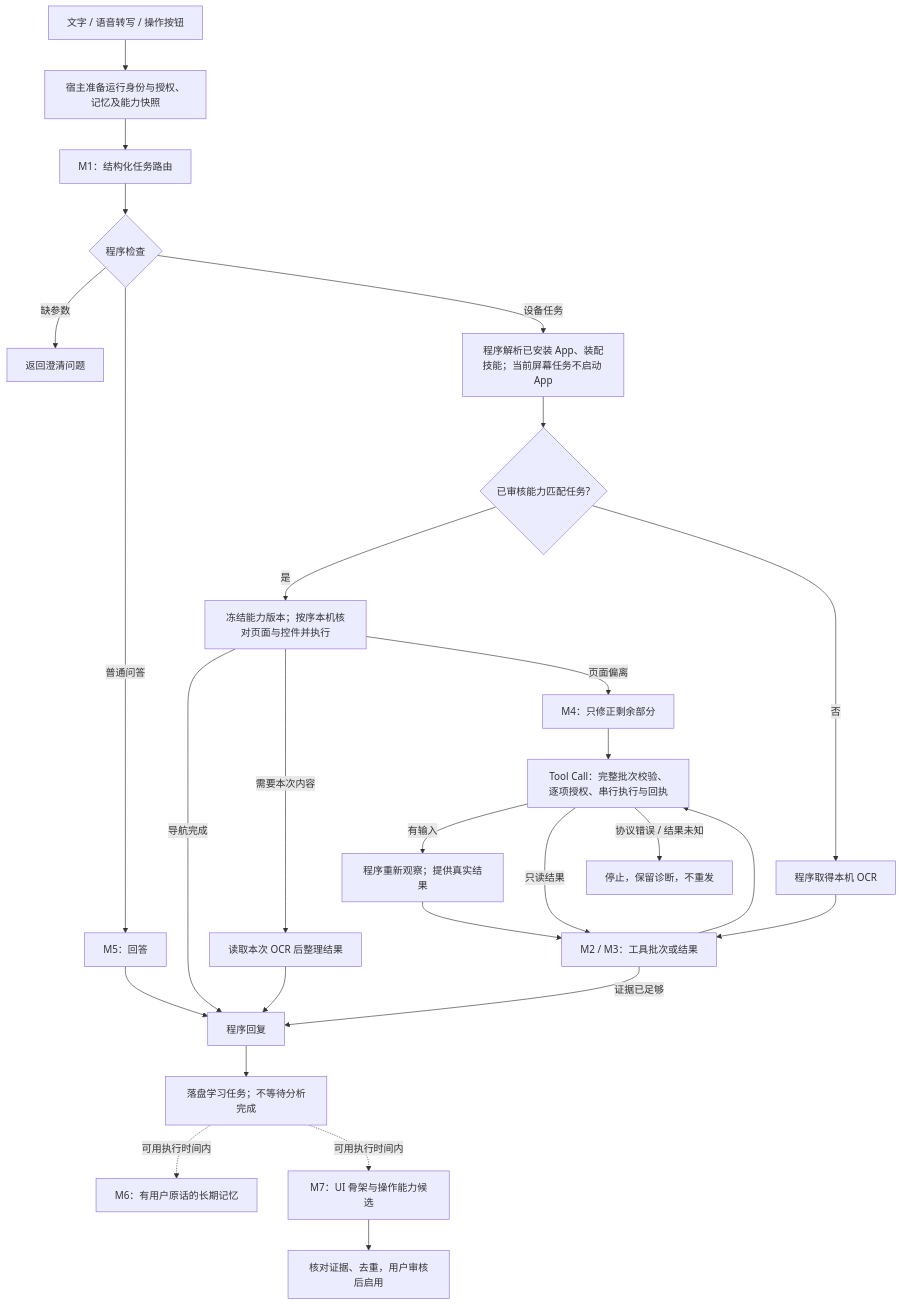
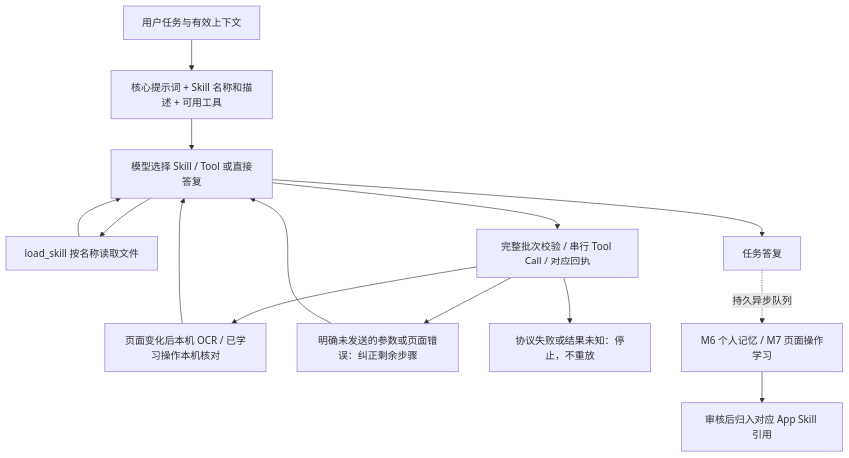
The diagram in docs/Tapito-WORKFLOW-RUNTIME.md (Y175/Tapito), drawn with Mermaid before and after one commit. The commit also changed other lines of this file and 373 other files, not shown here.

````diff
--- a/docs/Tapito-WORKFLOW-RUNTIME.md
+++ b/docs/Tapito-WORKFLOW-RUNTIME.md
@@ -7,29 +9,16 @@
 ```mermaid
 flowchart TD
-    A[文字 / 语音转写 / 操作按钮] --> B[宿主准备运行身份与授权、记忆及能力快照]
-    B --> C[M1：结构化任务路由]
-    C --> Q{程序检查}
-    Q -->|缺参数| CL[返回澄清问题]
-    Q -->|普通问答| M5[M5：回答]
-    Q -->|设备任务| P[程序解析已安装 App、装配技能；当前屏幕任务不启动 App]
-    P --> K{已审核能力匹配任务?}
-    K -->|是| R[冻结能力版本；按序本机核对页面与控件并执行]
-    R -->|导航完成| DONE[程序回复]
-    R -->|需要本次内容| O[读取本次 OCR 后整理结果]
-    R -->|页面偏离| M4[M4：只修正剩余部分]
-    K -->|否| OCR[程序取得本机 OCR]
-    OCR --> M2[M2 / M3：工具批次或结果]
-    M4 --> T
-    M2 --> T[Tool Call：完整批次校验、逐项授权、串行执行与回执]
-    T -->|有输入| V[程序重新观察；提供真实结果]
-    V --> M2
-    T -->|只读结果| M2
-    T -->|协议错误 / 结果未知| STOP[停止，保留诊断，不重发]
-    M2 -->|证据已足够| DONE
-    O --> DONE
-    M5 --> DONE
-    DONE --> J[落盘学习任务；不等待分析完成]
-    J -.可用执行时间内.-> M6[M6：有用户原话的长期记忆]
-    J -.可用执行时间内.-> M7[M7：UI 骨架与操作能力候选]
-    M7 --> REVIEW[核对证据、去重，用户审核后启用]
+ A[用户任务与有效上下文] --> B[核心提示词 + Skill 名称和描述 + 可用工具]
+ B --> M[模型选择 Skill / Tool 或直接答复]
+ M --> L[load_skill 按名称读取文件]
+ L --> M
+ M --> T[完整批次校验 / 串行 Tool Call / 对应回执]
+ T --> O[页面变化后本机 OCR / 已学习操作本机核对]
+ O --> M
+ T --> C[明确未发送的参数或页面错误：纠正剩余步骤]
+ C --> M
+ T --> E[协议失败或结果未知：停止，不重放]
+ M --> D[任务答复]
+ D -.持久异步队列.-> K[M6 个人记忆 / M7 页面操作学习]
+ K --> R[审核后归入对应 App Skill 引用]
 ```
````
